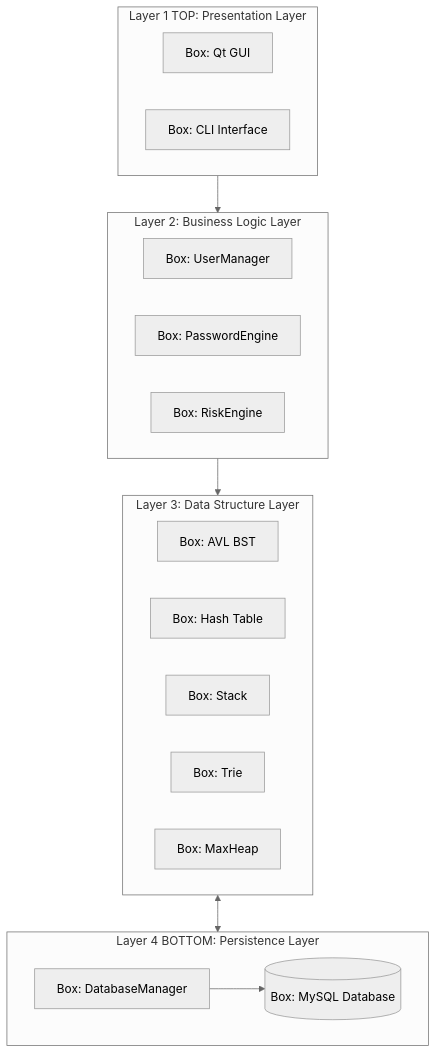
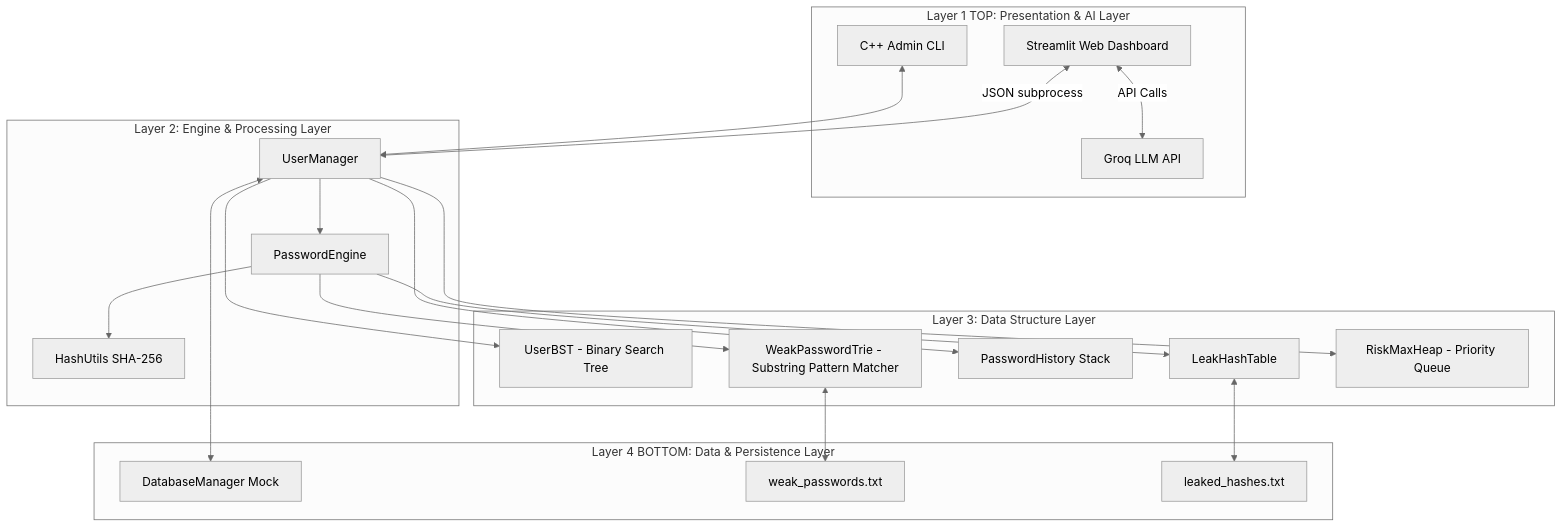
The diagram in docs/architecture_diagram.md (hamzaali-712/MBPLDS-DSA-Project-), drawn with Mermaid (neutral theme) before and after one commit. The commit also changed other lines of this file and 6 other files, not shown here.

Commit message:
Complete overhaul of documentation: Update all algorithms, architecture diagrams, testing strategies, and assign proper team roles

````diff
--- a/docs/architecture_diagram.md
+++ b/docs/architecture_diagram.md
@@ -3,31 +3,45 @@
 ```mermaid
 flowchart TD
-    subgraph Layer1 [Layer 1 TOP: Presentation Layer]
-        QT[Box: Qt GUI]
-        CLI[Box: CLI Interface]
+    subgraph Layer1 [Layer 1 TOP: Presentation & AI Layer]
+        GUI[Streamlit Web Dashboard]
+        AI[Groq LLM API]
+        CLI[C++ Admin CLI]
     end
 
-    subgraph Layer2 [Layer 2: Business Logic Layer]
-        UM[Box: UserManager]
-        PE[Box: PasswordEngine]
-        RE[Box: RiskEngine]
+    subgraph Layer2 [Layer 2: Engine & Processing Layer]
+        UM[UserManager]
+        PE[PasswordEngine]
+        HU[HashUtils SHA-256]
     end
 
     subgraph Layer3 [Layer 3: Data Structure Layer]
-        BST[Box: AVL BST]
-        HT[Box: Hash Table]
-        ST[Box: Stack]
-        TR[Box: Trie]
-        MH[Box: MaxHeap]
+        BST[UserBST - Binary Search Tree]
+        HT[LeakHashTable]
+        ST[PasswordHistory Stack]
+        TR[WeakPasswordTrie - Substring Pattern Matcher]
+        MH[RiskMaxHeap - Priority Queue]
     end
 
-    subgraph Layer4 [Layer 4 BOTTOM: Persistence Layer]
-        DBM[Box: DatabaseManager]
-        SQL[(Box: MySQL Database)]
+    subgraph Layer4 [Layer 4 BOTTOM: Data & Persistence Layer]
+        DBM[DatabaseManager Mock]
+        WF[weak_passwords.txt]
+        LF[leaked_hashes.txt]
     end
 
-    Layer1 --> Layer2
-    Layer2 --> Layer3
-    Layer3 <--> Layer4
-    DBM --> SQL
+    GUI <-->|JSON subprocess| UM
+    CLI <--> UM
+    GUI <-->|API Calls| AI
+    
+    UM --> PE
+    PE --> HU
+    
+    UM --> BST
+    UM --> MH
+    PE --> HT
+    PE --> TR
+    UM --> ST
+    
+    HT <--> LF
+    TR <--> WF
+    UM <--> DBM
 ```
````
